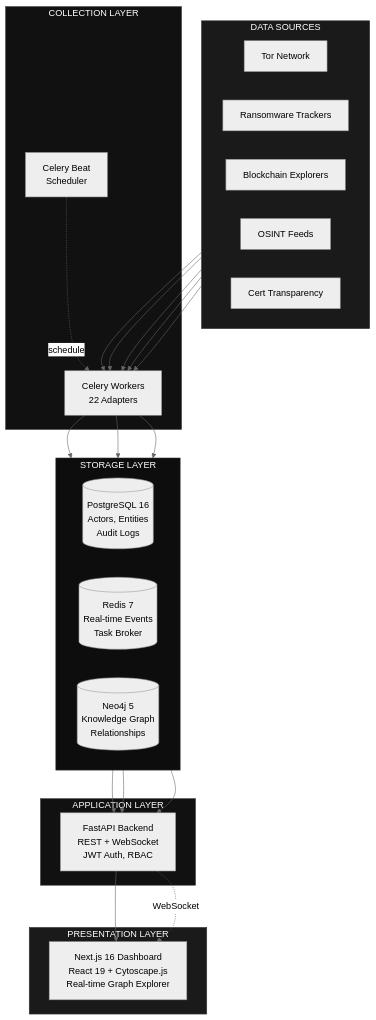
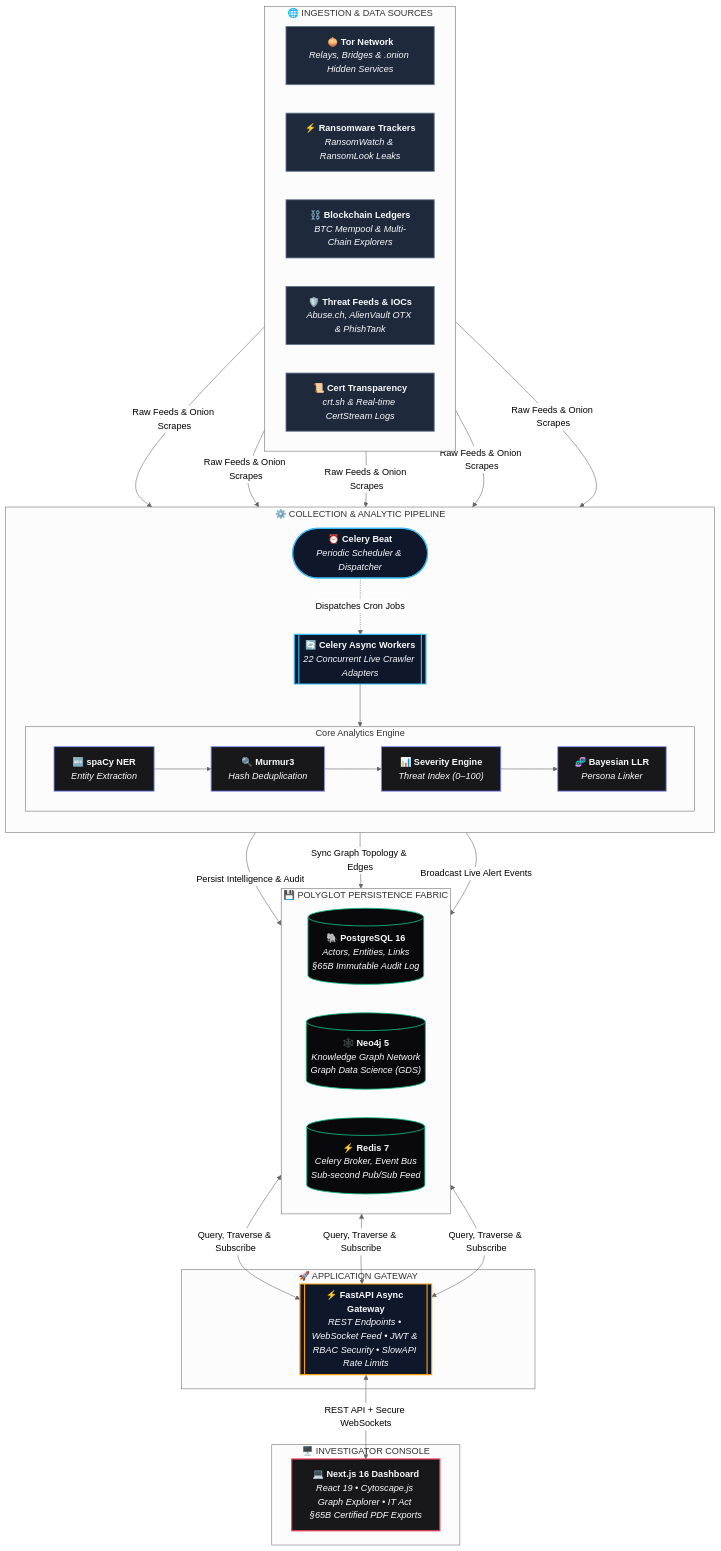
Before and after one commit to Swaggyop/netra: the first of 10 diagrams in README.md, drawn with Mermaid (neutral theme). The commit also changed other lines of this file, not shown here.

````diff
--- a/README.md
+++ b/README.md
@@ -116,44 +116,64 @@
 ```mermaid
-graph TB
-    subgraph Sources["DATA SOURCES"]
+flowchart TB
+    subgraph SOURCES["🌐 INGESTION & DATA SOURCES"]
         direction LR
-        S1["Tor Network"]
-        S2["Ransomware Trackers"]
-        S3["Blockchain Explorers"]
-        S4["OSINT Feeds"]
-        S5["Cert Transparency"]
+        S1["🧅 <b>Tor Network</b><br/><i>Relays, Bridges & .onion Hidden Services</i>"]
+        S2["⚡ <b>Ransomware Trackers</b><br/><i>RansomWatch & RansomLook Leaks</i>"]
+        S3["⛓️ <b>Blockchain Ledgers</b><br/><i>BTC Mempool & Multi-Chain Explorers</i>"]
+        S4["🛡️ <b>Threat Feeds & IOCs</b><br/><i>Abuse.ch, AlienVault OTX & PhishTank</i>"]
+        S5["📜 <b>Cert Transparency</b><br/><i>crt.sh & Real-time CertStream Logs</i>"]
     end
 
-    subgraph Collection["COLLECTION LAYER"]
-        CW["Celery Workers\n22 Adapters"]
-        CB["Celery Beat\nScheduler"]
+    subgraph INGESTION["⚙️ COLLECTION & ANALYTIC PIPELINE"]
+        direction TB
+        BEAT(["⏰ <b>Celery Beat</b><br/><i>Periodic Scheduler & Dispatcher</i>"])
+        WORKER[["🔄 <b>Celery Async Workers</b><br/><i>22 Concurrent Live Crawler Adapters</i>"]]
+
+        subgraph PIPELINE["Core Analytics Engine"]
+            direction LR
+            NER["🔤 <b>spaCy NER</b><br/><i>Entity Extraction</i>"]
+            DEDUP["🔍 <b>Murmur3</b><br/><i>Hash Deduplication</i>"]
+            SCORE["📊 <b>Severity Engine</b><br/><i>Threat Index (0–100)</i>"]
+            LINK["🧬 <b>Bayesian LLR</b><br/><i>Persona Linker</i>"]
+        end
+
+        BEAT -.->|Dispatches Cron Jobs| WORKER
+        WORKER --> NER --> DEDUP --> SCORE --> LINK
     end
 
-    subgraph Storage["STORAGE LAYER"]
+    subgraph STORAGE["💾 POLYGLOT PERSISTENCE FABRIC"]
         direction LR
-        PG[("PostgreSQL 16\nActors, Entities\nAudit Logs")]
-        RD[("Redis 7\nReal-time Events\nTask Broker")]
-        N4[("Neo4j 5\nKnowledge Graph\nRelationships")]
+        PG[("🐘 <b>PostgreSQL 16</b><br/><i>Actors, Entities, Links<br/>§65B Immutable Audit Log</i>")]
+        N4[("🕸️ <b>Neo4j 5</b><br/><i>Knowledge Graph Network<br/>Graph Data Science (GDS)</i>")]
+        RD[("⚡ <b>Redis 7</b><br/><i>Celery Broker, Event Bus<br/>Sub-second Pub/Sub Feed</i>")]
     end
 
-    subgraph Backend["APPLICATION LAYER"]
-        API["FastAPI Backend\nREST + WebSocket\nJWT Auth, RBAC"]
+    subgraph APP["🚀 APPLICATION GATEWAY"]
+        API[["⚡ <b>FastAPI Async Gateway</b><br/><i>REST Endpoints • WebSocket Feed • JWT & RBAC Security • SlowAPI Rate Limits</i>"]]
     end
 
-    subgraph Frontend["PRESENTATION LAYER"]
-        UI["Next.js 16 Dashboard\nReact 19 + Cytoscape.js\nReal-time Graph Explorer"]
+    subgraph PRESENTATION["🖥️ INVESTIGATOR CONSOLE"]
+        UI["💻 <b>Next.js 16 Dashboard</b><br/><i>React 19 • Cytoscape.js Graph Explorer • IT Act §65B Certified PDF Exports</i>"]
     end
 
-    S1 & S2 & S3 & S4 & S5 --> CW
-    CB -.->|schedule| CW
-    CW --> PG & RD & N4
-    PG & RD & N4 --> API
-    API --> UI
-    API -.->|WebSocket| UI
+    S1 & S2 & S3 & S4 & S5 -->|Raw Feeds & Onion Scrapes| WORKER
+    LINK -->|Persist Intelligence & Audit| PG
+    LINK -->|Sync Graph Topology & Edges| N4
+    LINK -->|Broadcast Live Alert Events| RD
+    PG & N4 & RD <-->|Query, Traverse & Subscribe| API
+    API <-->|REST API + Secure WebSockets| UI
 
-    style Sources fill:#1a1a1a,stroke:#333,color:#fff
-    style Collection fill:#111,stroke:#444,color:#fff
-    style Storage fill:#0d0d0d,stroke:#333,color:#fff
-    style Backend fill:#111,stroke:#444,color:#fff
-    style Frontend fill:#1a1a1a,stroke:#333,color:#fff
+    classDef sourceStyle fill:#1e293b,stroke:#64748b,stroke-width:1.5px,color:#f8fafc;
+    classDef workerStyle fill:#0f172a,stroke:#38bdf8,stroke-width:2px,color:#f8fafc;
+    classDef pipeStyle fill:#18181b,stroke:#818cf8,stroke-width:1.5px,color:#f8fafc;
+    classDef storeStyle fill:#09090b,stroke:#10b981,stroke-width:1.5px,color:#f8fafc;
+    classDef apiStyle fill:#0f172a,stroke:#f59e0b,stroke-width:2px,color:#f8fafc;
+    classDef uiStyle fill:#18181b,stroke:#f43f5e,stroke-width:2px,color:#f8fafc;
+
+    class S1,S2,S3,S4,S5 sourceStyle;
+    class BEAT,WORKER workerStyle;
+    class NER,DEDUP,SCORE,LINK pipeStyle;
+    class PG,N4,RD storeStyle;
+    class API apiStyle;
+    class UI uiStyle;
 ```
````
